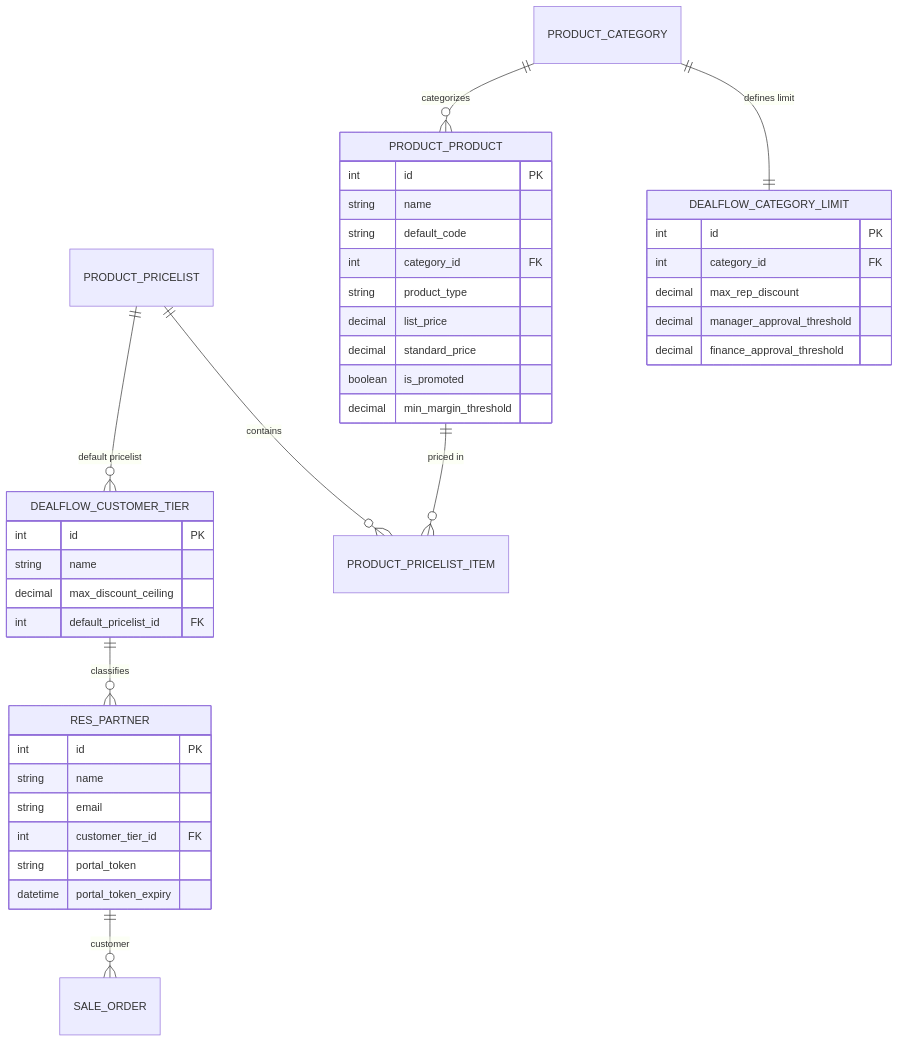
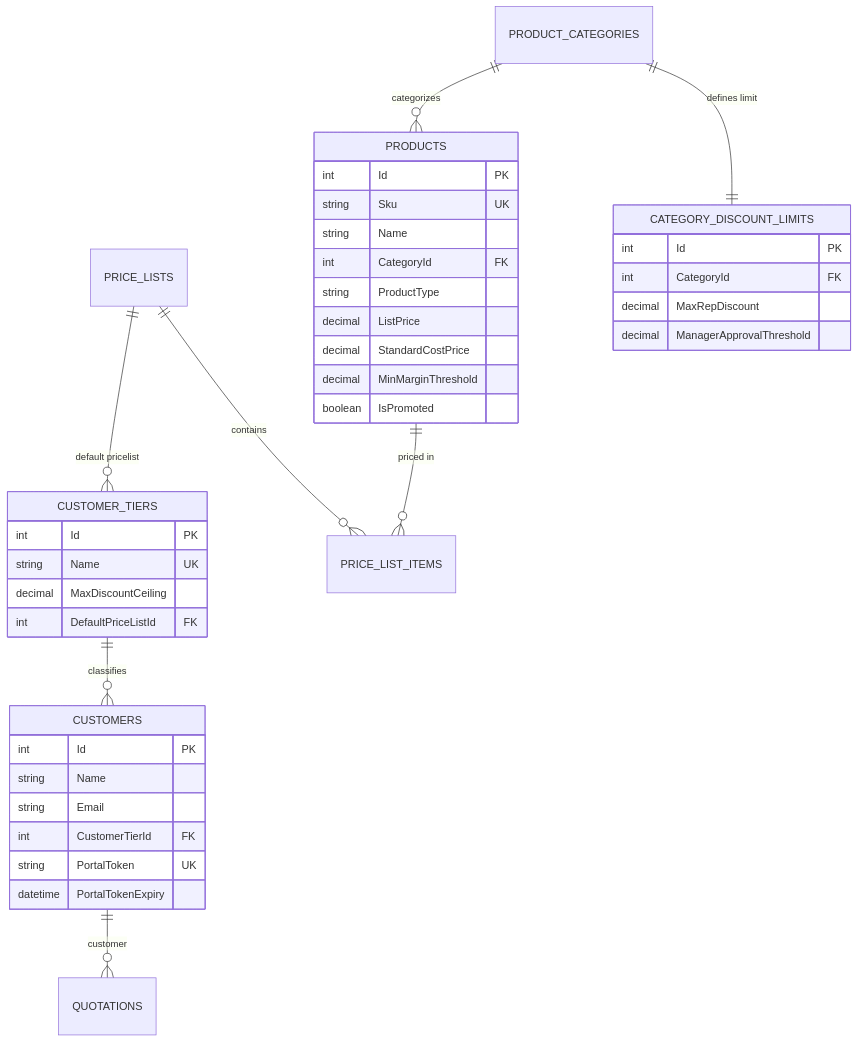
The second of 9 diagrams in docs/database/DEALFLOW360_ERD.md (aniruddh209/Odoo-Heckathon-Gandhinagar), drawn with Mermaid before and after one commit. The commit also changed other lines of this file and 10 other files, not shown here.

Commit message:
chore(architecture): lock stack to React + ASP.NET Core + SQL Server and align documentation

````diff
--- a/docs/database/DEALFLOW360_ERD.md
+++ b/docs/database/DEALFLOW360_ERD.md
@@ -39,46 +40,45 @@
 ```mermaid
 erDiagram
-    DEALFLOW_CUSTOMER_TIER ||--o{ RES_PARTNER : "classifies"
-    PRODUCT_PRICELIST ||--o{ DEALFLOW_CUSTOMER_TIER : "default pricelist"
-    PRODUCT_PRICELIST ||--o{ PRODUCT_PRICELIST_ITEM : "contains"
-    PRODUCT_CATEGORY ||--o{ PRODUCT_PRODUCT : "categorizes"
-    PRODUCT_CATEGORY ||--|| DEALFLOW_CATEGORY_LIMIT : "defines limit"
-    PRODUCT_PRODUCT ||--o{ PRODUCT_PRICELIST_ITEM : "priced in"
-    RES_PARTNER ||--o{ SALE_ORDER : "customer"
+    CUSTOMER_TIERS ||--o{ CUSTOMERS : "classifies"
+    PRICE_LISTS ||--o{ CUSTOMER_TIERS : "default pricelist"
+    PRICE_LISTS ||--o{ PRICE_LIST_ITEMS : "contains"
+    PRODUCT_CATEGORIES ||--o{ PRODUCTS : "categorizes"
+    PRODUCT_CATEGORIES ||--|| CATEGORY_DISCOUNT_LIMITS : "defines limit"
+    PRODUCTS ||--o{ PRICE_LIST_ITEMS : "priced in"
+    CUSTOMERS ||--o{ QUOTATIONS : "customer"
 
-    DEALFLOW_CUSTOMER_TIER {
-        int id PK
-        string name
-        decimal max_discount_ceiling
-        int default_pricelist_id FK
+    CUSTOMER_TIERS {
+        int Id PK
+        string Name UK
+        decimal MaxDiscountCeiling
+        int DefaultPriceListId FK
     }
 
-    DEALFLOW_CATEGORY_LIMIT {
-        int id PK
-        int category_id FK
-        decimal max_rep_discount
-        decimal manager_approval_threshold
-        decimal finance_approval_threshold
+    CATEGORY_DISCOUNT_LIMITS {
+        int Id PK
+        int CategoryId FK
+        decimal MaxRepDiscount
+        decimal ManagerApprovalThreshold
     }
 
-    PRODUCT_PRODUCT {
-        int id PK
-        string name
-        string default_code
-        int category_id FK
-        string product_type
-        decimal list_price
-        decimal standard_price
-        boolean is_promoted
-        decimal min_margin_threshold
+    CUSTOMERS {
+        int Id PK
+        string Name
+        string Email
+        int CustomerTierId FK
+        string PortalToken UK
+        datetime PortalTokenExpiry
     }
 
-    RES_PARTNER {
-        int id PK
-        string name
-        string email
-        int customer_tier_id FK
-        string portal_token
-        datetime portal_token_expiry
+    PRODUCTS {
+        int Id PK
+        string Sku UK
+        string Name
+        int CategoryId FK
+        string ProductType
+        decimal ListPrice
+        decimal StandardCostPrice
+        decimal MinMarginThreshold
+        boolean IsPromoted
     }
 ```
````
